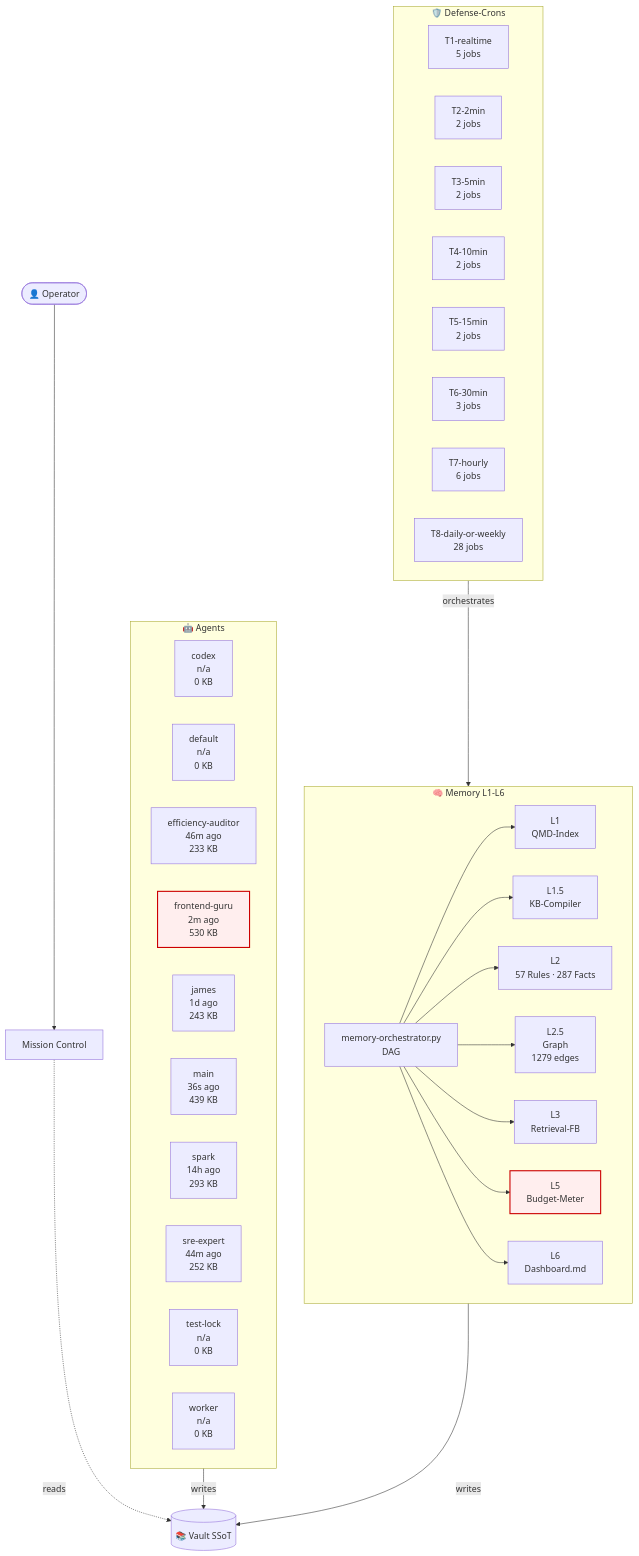
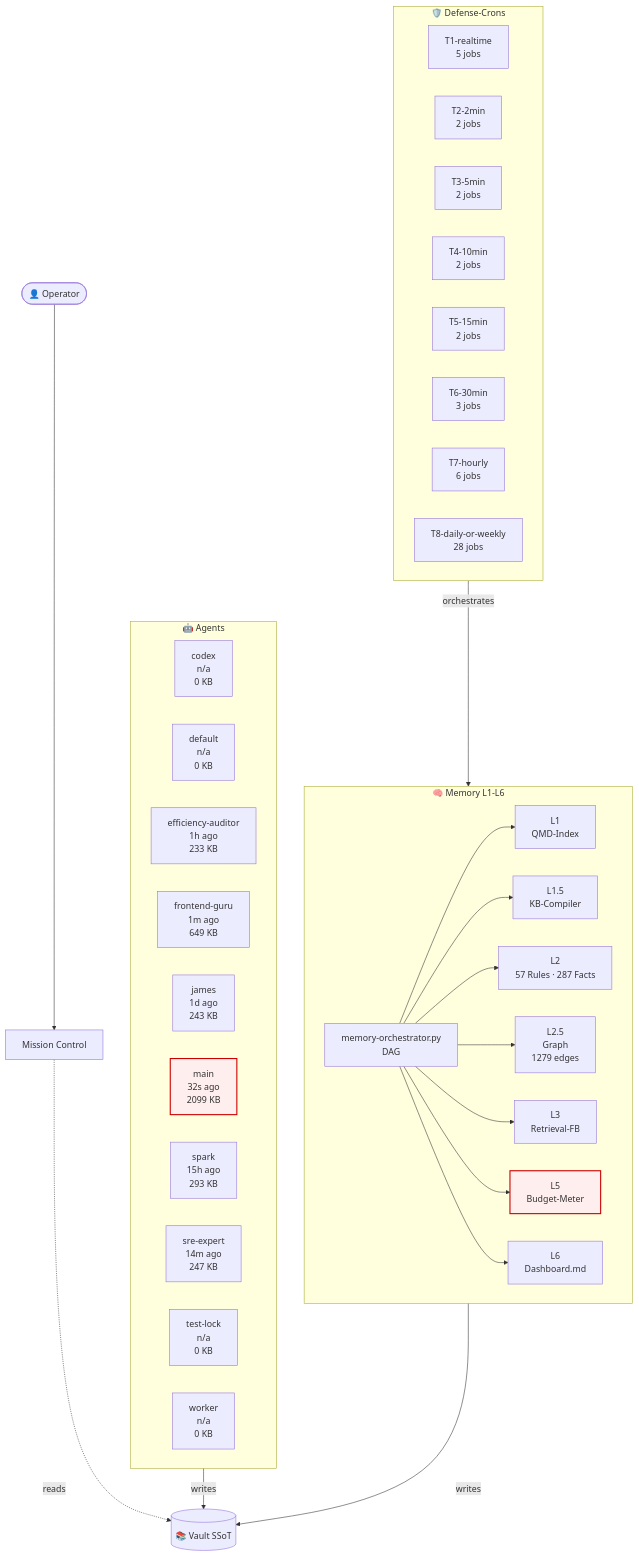
One commit to lenardhuebner88-rgb/openclaw-memory changed the diagram in 03-Agents/architecture-live.md. Above: the diagram before and after it, drawn with Mermaid. The commit also changed other lines of this file and 7 other files, not shown here.

````diff
--- a/03-Agents/architecture-live.md
+++ b/03-Agents/architecture-live.md
@@ -18,53 +18,53 @@
 ```mermaid
 flowchart TB
     classDef critical fill:#fee,stroke:#c00,stroke-width:2px;
     subgraph AGT["🤖 Agents"]
         agent_codex["codex<br/>n/a<br/>0 KB"]
         agent_default["default<br/>n/a<br/>0 KB"]
-        agent_efficiency_auditor["efficiency-auditor<br/>46m ago<br/>233 KB"]
-        agent_frontend_guru["frontend-guru<br/>2m ago<br/>530 KB"]
+        agent_efficiency_auditor["efficiency-auditor<br/>1h ago<br/>233 KB"]
+        agent_frontend_guru["frontend-guru<br/>1m ago<br/>649 KB"]
         agent_james["james<br/>1d ago<br/>243 KB"]
-        agent_main["main<br/>36s ago<br/>439 KB"]
-        agent_spark["spark<br/>14h ago<br/>293 KB"]
-        agent_sre_expert["sre-expert<br/>44m ago<br/>252 KB"]
+        agent_main["main<br/>32s ago<br/>2099 KB"]
+        agent_spark["spark<br/>15h ago<br/>293 KB"]
+        agent_sre_expert["sre-expert<br/>14m ago<br/>247 KB"]
         agent_test_lock["test-lock<br/>n/a<br/>0 KB"]
         agent_worker["worker<br/>n/a<br/>0 KB"]
     end
     subgraph MEM["🧠 Memory L1-L6"]
         L1["L1<br/>QMD-Index"]
         L15["L1.5<br/>KB-Compiler"]
         L2["L2<br/>57 Rules · 287 Facts"]
         L25["L2.5<br/>Graph<br/>1279 edges"]
         L3["L3<br/>Retrieval-FB"]
         L5["L5<br/>Budget-Meter"]
         L6["L6<br/>Dashboard.md"]
         ORCH["memory-orchestrator.py<br/>DAG"]
     end
     subgraph CRN["🛡️ Defense-Crons"]
         tier_T1_realtime["T1-realtime<br/>5 jobs"]
         tier_T2_2min["T2-2min<br/>2 jobs"]
         tier_T3_5min["T3-5min<br/>2 jobs"]
         tier_T4_10min["T4-10min<br/>2 jobs"]
         tier_T5_15min["T5-15min<br/>2 jobs"]
         tier_T6_30min["T6-30min<br/>3 jobs"]
         tier_T7_hourly["T7-hourly<br/>6 jobs"]
         tier_T8_daily_or_weekly["T8-daily-or-weekly<br/>28 jobs"]
     end
     VAULT[("📚 Vault SSoT")]
     OP([👤 Operator])
     MC["Mission Control"]
     OP --> MC
     MC -.reads.-> VAULT
     AGT -->|writes| VAULT
     MEM -->|writes| VAULT
     ORCH --> L1
     ORCH --> L15
     ORCH --> L2
     ORCH --> L25
     ORCH --> L3
     ORCH --> L5
     ORCH --> L6
     CRN -->|orchestrates| MEM
     class L5 critical
-    class agent_frontend_guru critical
+    class agent_main critical
 ```
````
